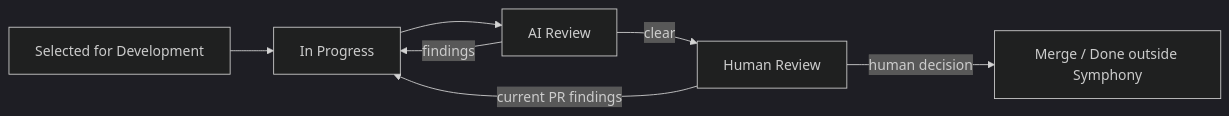
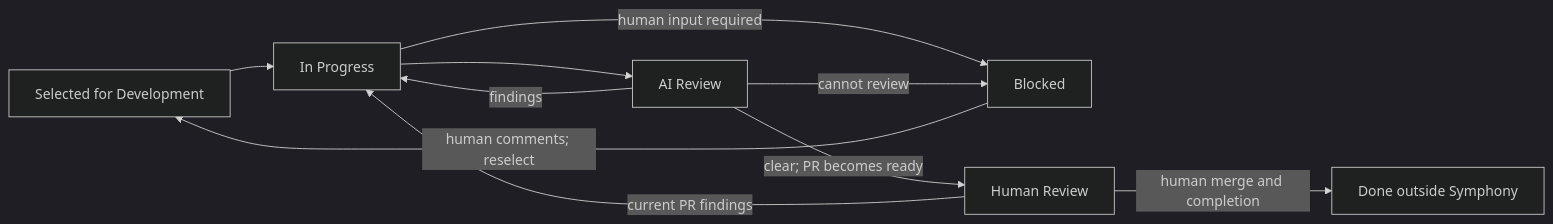
Before and after one commit to activeviam/symphony: the diagram in ACTIVEVIAM.md, drawn with Mermaid (dark theme). The commit also changed other lines of this file, not shown here.

```diff
--- a/ACTIVEVIAM.md
+++ b/ACTIVEVIAM.md
@@ -47,9 +57,12 @@
 ~~~mermaid
 flowchart LR
   S["Selected for Development"] --> I["In Progress"]
   I --> A["AI Review"]
+  I -->|human input required| B["Blocked"]
   A -->|findings| I
-  A -->|clear| H["Human Review"]
+  A -->|cannot review| B
+  A -->|clear; PR becomes ready| H["Human Review"]
   H -->|current PR findings| I
-  H -->|human decision| M["Merge / Done outside Symphony"]
+  B -->|human comments; reselect| S
+  H -->|human merge and completion| D["Done outside Symphony"]
 ~~~
```
